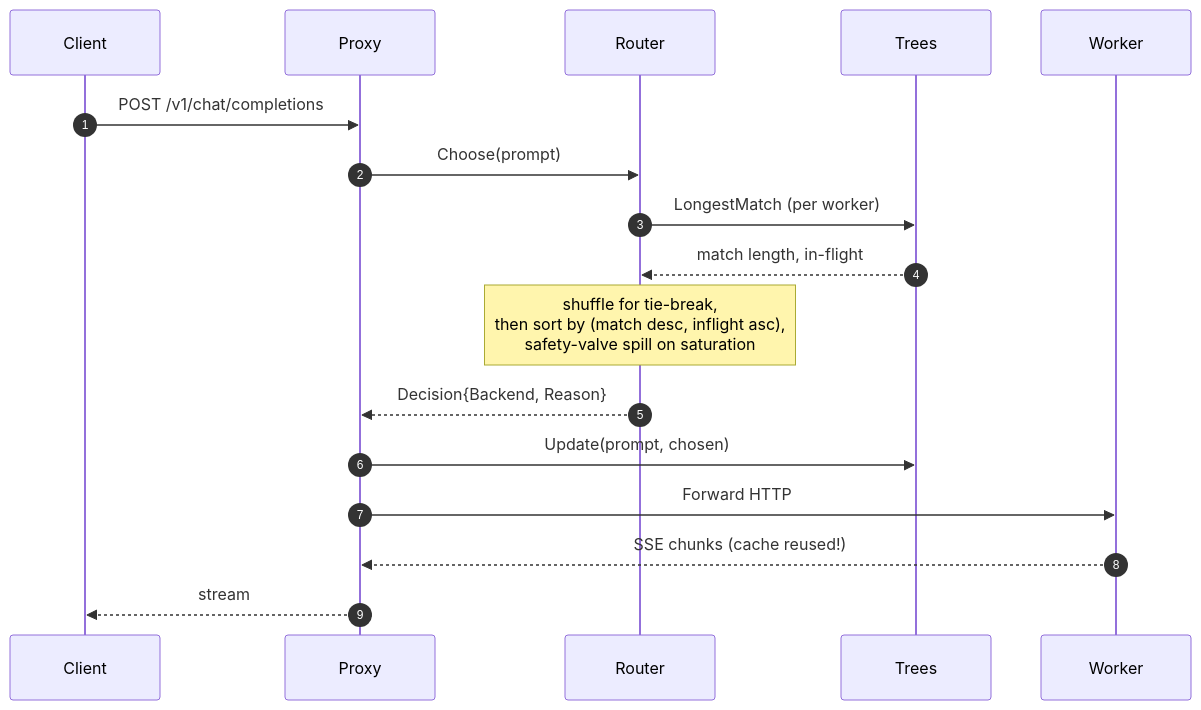
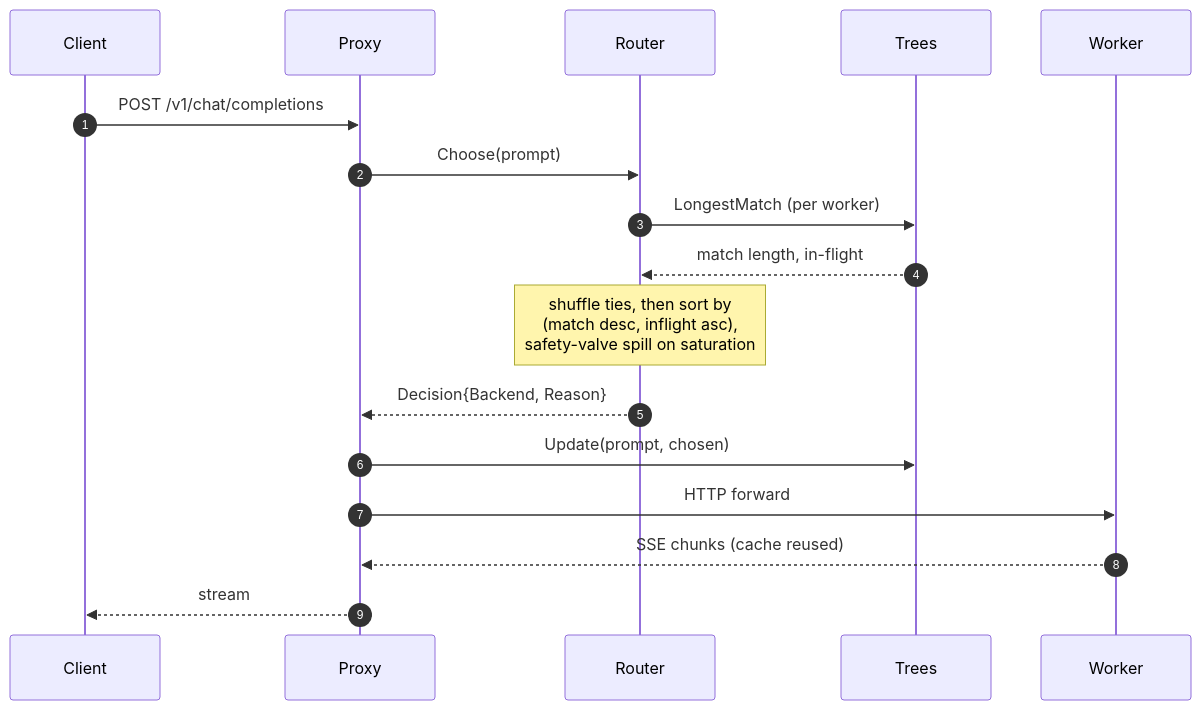
Before and after one commit to zxuhan/llm-router: the second of 2 diagrams in README.md, drawn with Mermaid. The commit also changed other lines of this file and 5 other files, not shown here.

````diff
--- a/README.md
+++ b/README.md
@@ -133,20 +226,20 @@
 ```mermaid
 sequenceDiagram
     autonumber
     participant C as Client
     participant P as Proxy
     participant R as Router
     participant T as Trees
     participant W as Worker
 
     C->>P: POST /v1/chat/completions
     P->>R: Choose(prompt)
     R->>T: LongestMatch (per worker)
     T-->>R: match length, in-flight
-    Note over R: shuffle for tie-break,<br/>then sort by (match desc, inflight asc),<br/>safety-valve spill on saturation
+    Note over R: shuffle ties, then sort by<br/>(match desc, inflight asc),<br/>safety-valve spill on saturation
     R-->>P: Decision{Backend, Reason}
     P->>T: Update(prompt, chosen)
-    P->>W: Forward HTTP
-    W-->>P: SSE chunks (cache reused!)
+    P->>W: HTTP forward
+    W-->>P: SSE chunks (cache reused)
     P-->>C: stream
 ```
````
